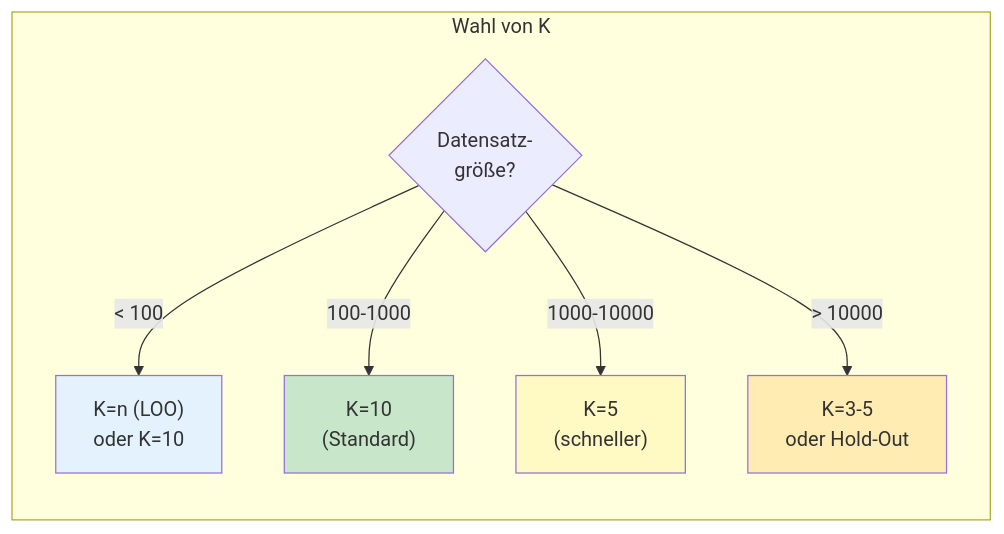
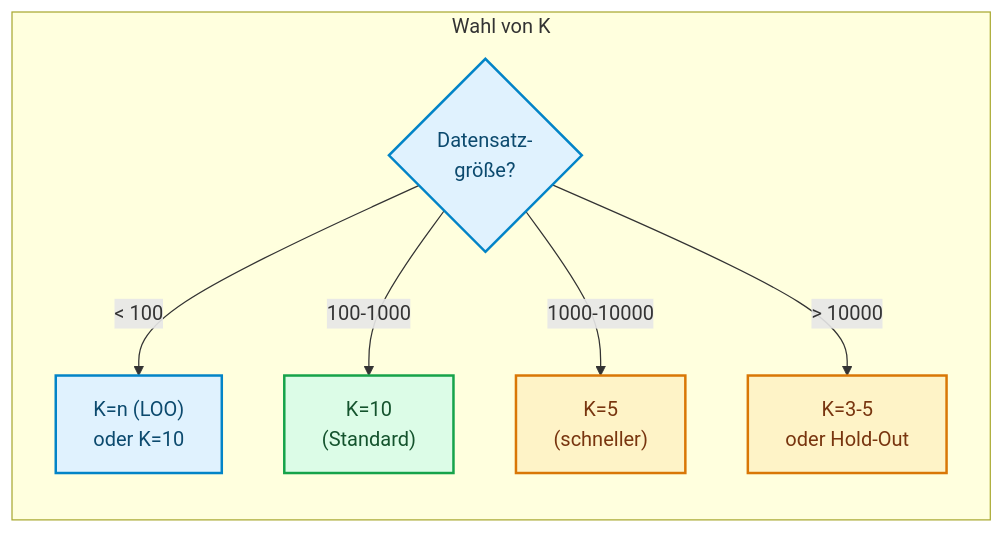
The third of 9 diagrams in docs/concepts/evaluate/cross_validation.md (ralf-42/ML_Intro), drawn with Mermaid before and after one commit. The commit also changed other lines of this file and 67 other files, not shown here.

````diff
--- a/docs/concepts/evaluate/cross_validation.md
+++ b/docs/concepts/evaluate/cross_validation.md
@@ -204,15 +203,16 @@
 ```mermaid
 flowchart LR
     subgraph choice["Wahl von K"]
         Q1{Datensatz-<br/>größe?}
         Q1 -->|"< 100"| A1["K=n (LOO)<br/>oder K=10"]
         Q1 -->|"100-1000"| A2["K=10<br/>(Standard)"]
         Q1 -->|"1000-10000"| A3["K=5<br/>(schneller)"]
         Q1 -->|"> 10000"| A4["K=3-5<br/>oder Hold-Out"]
     end
-    
-    style A1 fill:#e3f2fd
-    style A2 fill:#c8e6c9
-    style A3 fill:#fff9c4
-    style A4 fill:#ffecb3
+
+    classDef default fill:#e0f2fe,stroke:#0284c7,stroke-width:2px,color:#0c4a6e;
+    classDef metric fill:#fef3c7,stroke:#d97706,stroke-width:2px,color:#78350f;
+    classDef output fill:#dcfce7,stroke:#16a34a,stroke-width:2px,color:#14532d;
+    class A3,A4 metric;
+    class A2 output;
 ```
````
